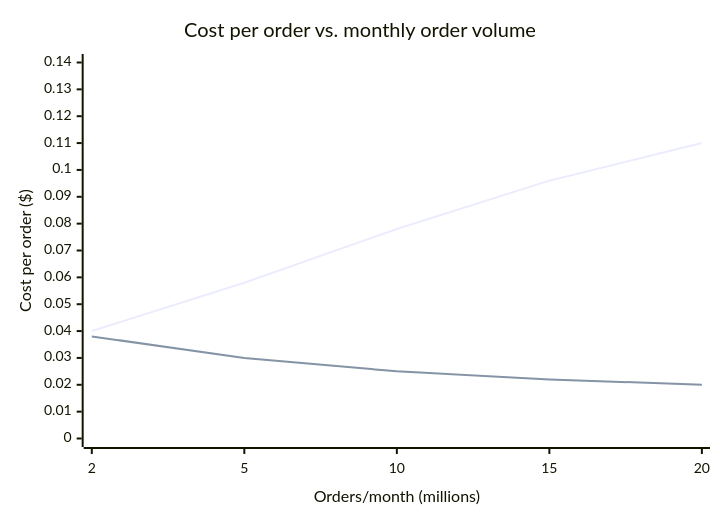
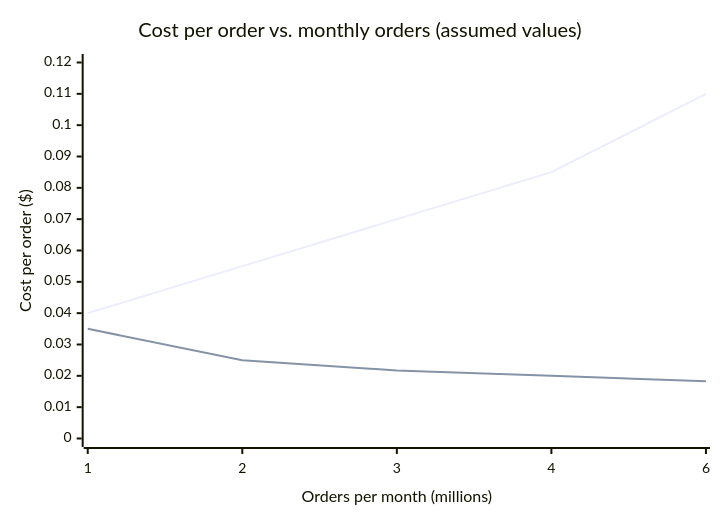
One commit to francoandreDev/knowledge changed the first of 2 diagrams in src/content/architecture/cost-aware-architecture/L2-concept.mdx. Above: the diagram before and after it, drawn with Mermaid. The commit also changed other lines of this file and 18 other files, not shown here.

Commit message:
Migrate architecture batch 4 (architecture-for-compliance, cost-aware-architecture, architecture-review, technical-strategy-roadmapping) to the three-tier exercise model

````diff
--- a/src/content/architecture/cost-aware-architecture/L2-concept.mdx
+++ b/src/content/architecture/cost-aware-architecture/L2-concept.mdx
@@ -55,8 +96,8 @@
 ```mermaid
 xychart-beta
-    title "Cost per order vs. monthly order volume"
-    x-axis "Orders/month (millions)" [2, 5, 10, 15, 20]
-    y-axis "Cost per order ($)" 0 --> 0.14
-    line "Service A (no cache, on-demand only)" [0.040, 0.058, 0.078, 0.096, 0.110]
-    line "Service B (cache + reserved baseline)" [0.038, 0.030, 0.025, 0.022, 0.020]
+    title "Cost per order vs. monthly orders (assumed values)"
+    x-axis "Orders per month (millions)" [1, 2, 3, 4, 6]
+    y-axis "Cost per order ($)" 0 --> 0.12
+    line "Service A (no cache, on-demand only)" [0.040, 0.055, 0.070, 0.085, 0.110]
+    line "Service B (cache + reserved baseline)" [0.035, 0.025, 0.0217, 0.020, 0.0183]
 ```
````
